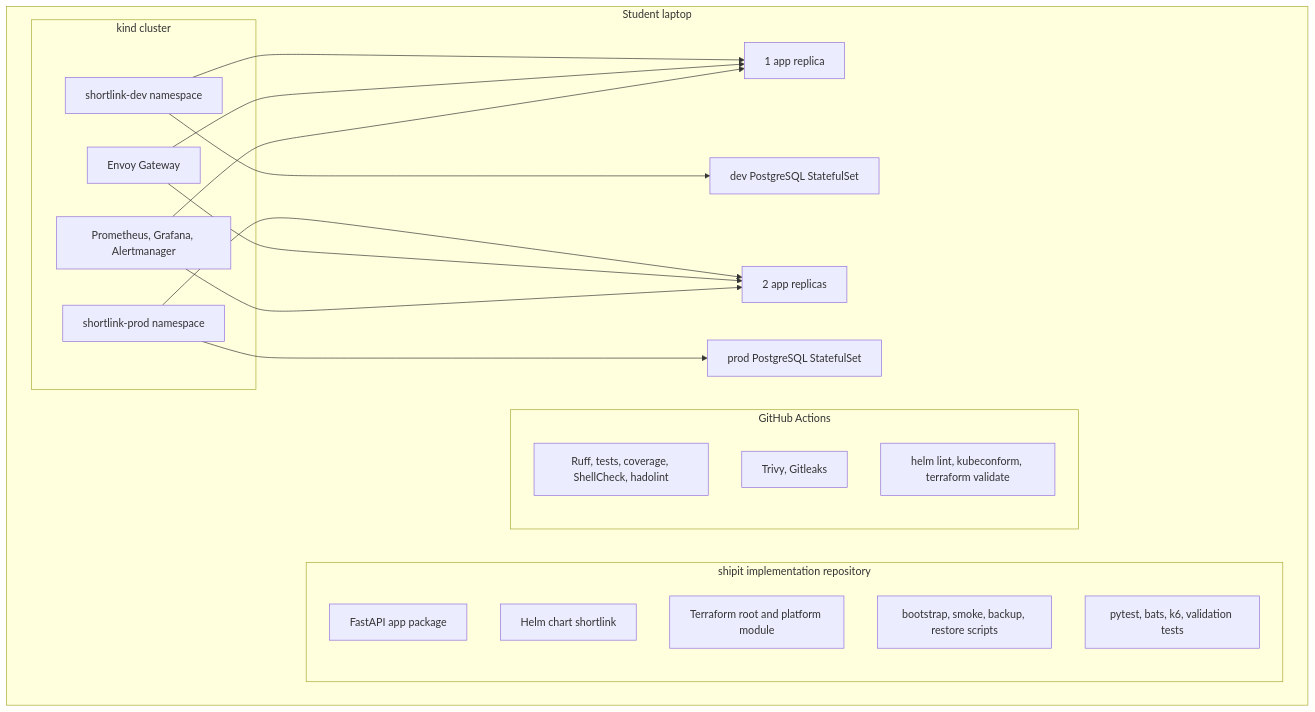
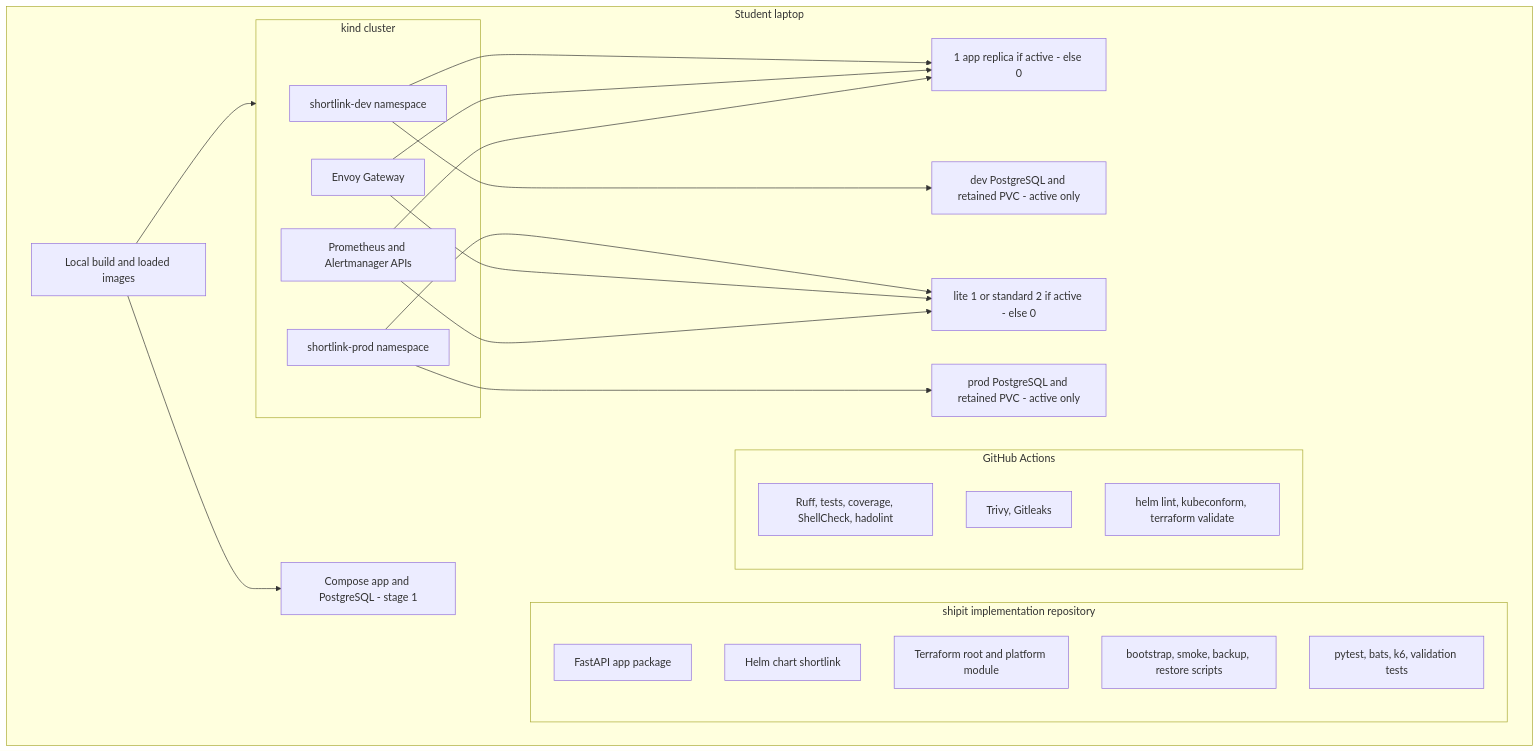
Before and after one commit to sukurcf/spec-shipit-devops-platform: the second of 7 diagrams in docs/05-system-architecture.md, drawn with Mermaid. The commit also changed other lines of this file and 14 other files, not shown here.

First line of the commit message:
docs: revise v1.1 for backend-only local projects

````diff
--- a/docs/05-system-architecture.md
+++ b/docs/05-system-architecture.md
@@ -33,31 +37,33 @@
 ```mermaid
 flowchart TB
   subgraph Laptop["Student laptop"]
     subgraph Repo["shipit implementation repository"]
       AppCode["FastAPI app package"]
       HelmChart["Helm chart shortlink"]
       IaC["Terraform root and platform module"]
       Scripts["bootstrap, smoke, backup, restore scripts"]
       Tests["pytest, bats, k6, validation tests"]
     end
     subgraph CI["GitHub Actions"]
       Quality["Ruff, tests, coverage, ShellCheck, hadolint"]
       Security["Trivy, Gitleaks"]
       Infra["helm lint, kubeconform, terraform validate"]
     end
     subgraph Cluster["kind cluster"]
       DevNS["shortlink-dev namespace"]
       ProdNS["shortlink-prod namespace"]
       Gateway["Envoy Gateway"]
-      Monitoring["Prometheus, Grafana, Alertmanager"]
+      Monitoring["Prometheus and Alertmanager APIs"]
     end
-    DevNS --> DevApp["1 app replica"]
-    DevNS --> DevDB["dev PostgreSQL StatefulSet"]
-    ProdNS --> ProdApp["2 app replicas"]
-    ProdNS --> ProdDB["prod PostgreSQL StatefulSet"]
+    DevNS --> DevApp["1 app replica if active - else 0"]
+    DevNS --> DevDB["dev PostgreSQL and retained PVC - active only"]
+    ProdNS --> ProdApp["lite 1 or standard 2 if active - else 0"]
+    ProdNS --> ProdDB["prod PostgreSQL and retained PVC - active only"]
+    LocalImage["Local build and loaded images"] --> Cluster
+    LocalImage --> Compose["Compose app and PostgreSQL - stage 1"]
     Gateway --> DevApp
     Gateway --> ProdApp
     Monitoring --> DevApp
     Monitoring --> ProdApp
   end
 ```
````
